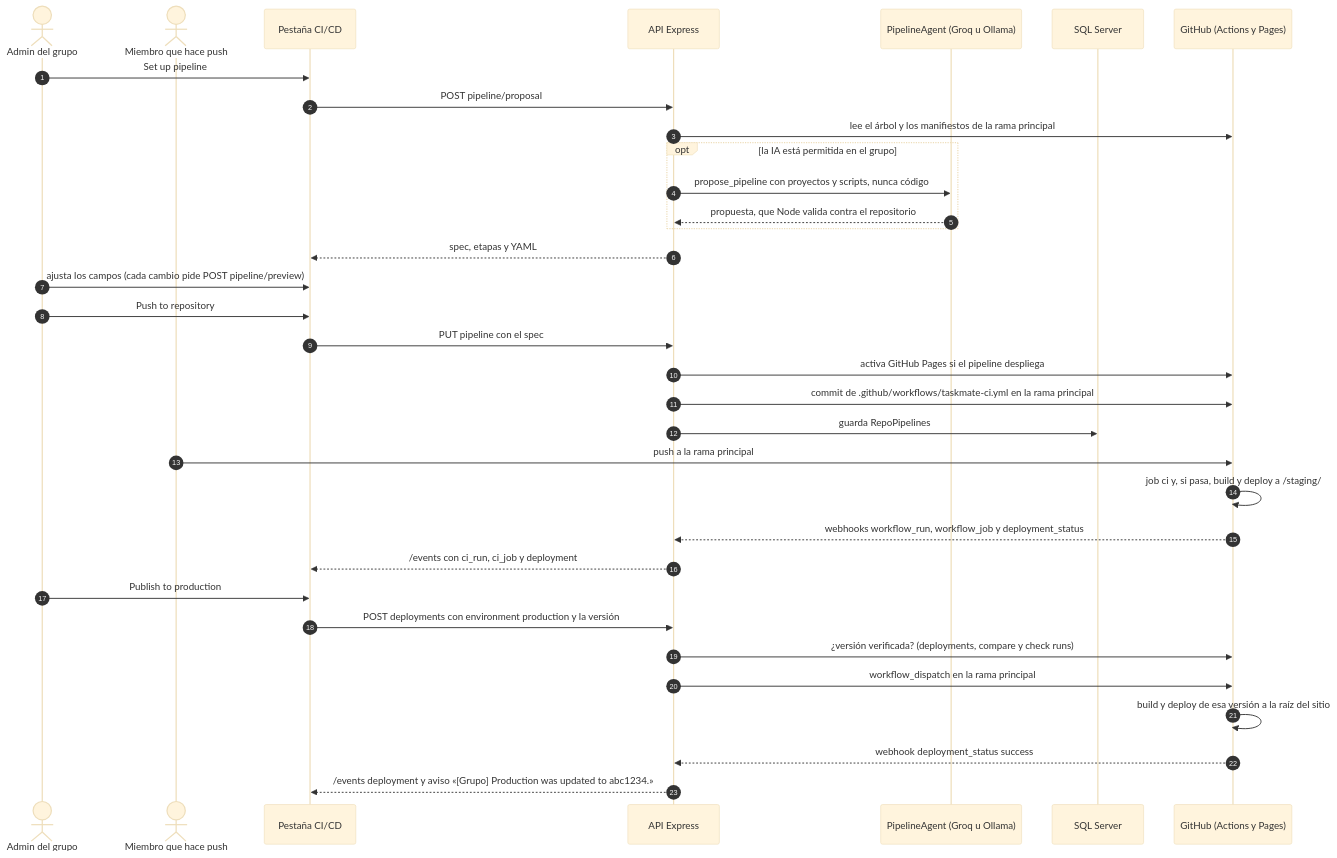
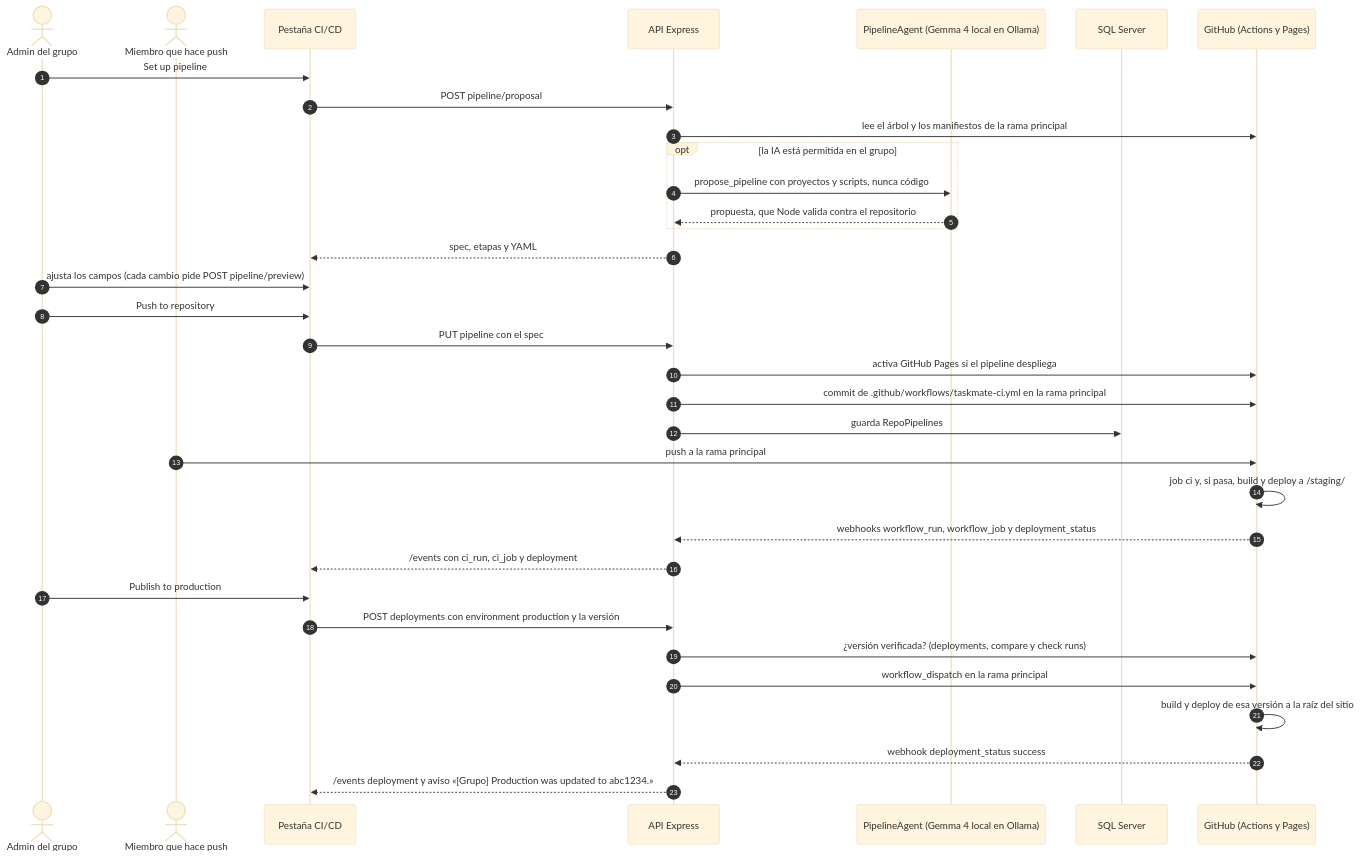
The first of 4 diagrams in documentacion/06-flujos/08-cicd.md (PabloP150/proyecto-is-cc6), drawn with Mermaid (base theme) before and after one commit. The commit also changed other lines of this file and 78 other files, not shown here.

First line of the commit message:
docs: present the local model (Gemma 4 on Ollama) as TaskMate's AI and Groq as the cloud fallback

````diff
--- a/documentacion/06-flujos/08-cicd.md
+++ b/documentacion/06-flujos/08-cicd.md
@@ -7,37 +7,37 @@
 ```mermaid
 sequenceDiagram
     autonumber
     actor A as Admin del grupo
     actor P as Miembro que hace push
     participant FE as Pestaña CI/CD
     participant API as API Express
-    participant IA as PipelineAgent (Groq u Ollama)
+    participant IA as PipelineAgent (Gemma 4 local en Ollama)
     participant DB as SQL Server
     participant GH as GitHub (Actions y Pages)
 
     A->>FE: Set up pipeline
     FE->>API: POST pipeline/proposal
     API->>GH: lee el árbol y los manifiestos de la rama principal
     opt la IA está permitida en el grupo
         API->>IA: propose_pipeline con proyectos y scripts, nunca código
         IA-->>API: propuesta, que Node valida contra el repositorio
     end
     API-->>FE: spec, etapas y YAML
     A->>FE: ajusta los campos (cada cambio pide POST pipeline/preview)
     A->>FE: Push to repository
     FE->>API: PUT pipeline con el spec
     API->>GH: activa GitHub Pages si el pipeline despliega
     API->>GH: commit de .github/workflows/taskmate-ci.yml en la rama principal
     API->>DB: guarda RepoPipelines
     P->>GH: push a la rama principal
     GH->>GH: job ci y, si pasa, build y deploy a /staging/
     GH-->>API: webhooks workflow_run, workflow_job y deployment_status
     API-->>FE: /events con ci_run, ci_job y deployment
     A->>FE: Publish to production
     FE->>API: POST deployments con environment production y la versión
     API->>GH: ¿versión verificada? (deployments, compare y check runs)
     API->>GH: workflow_dispatch en la rama principal
     GH->>GH: build y deploy de esa versión a la raíz del sitio
     GH-->>API: webhook deployment_status success
     API-->>FE: /events deployment y aviso «[Grupo] Production was updated to abc1234.»
 ```
````
